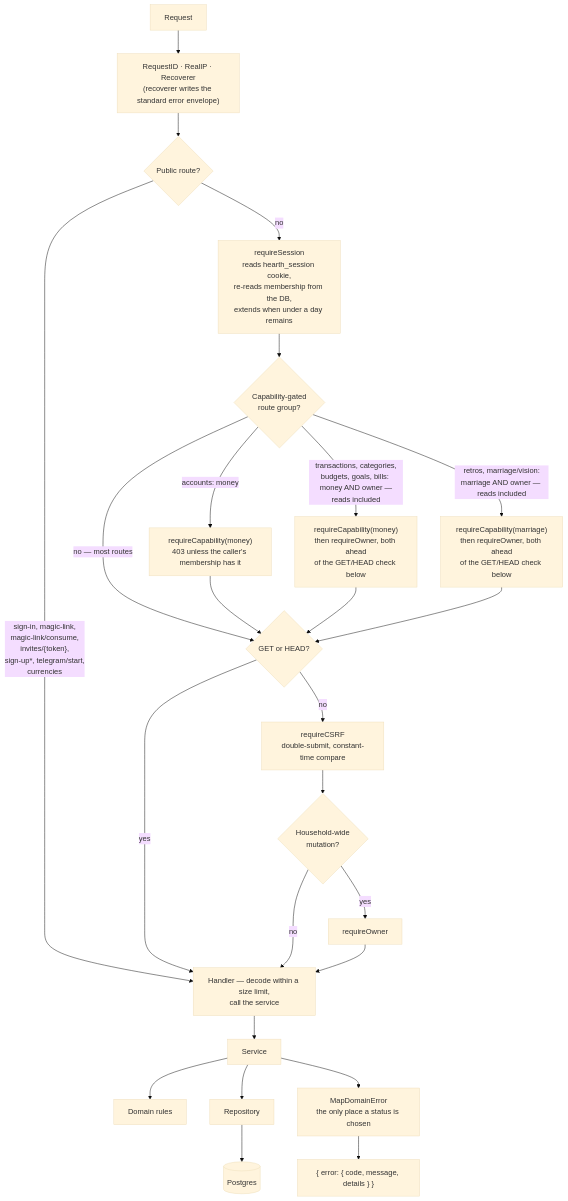
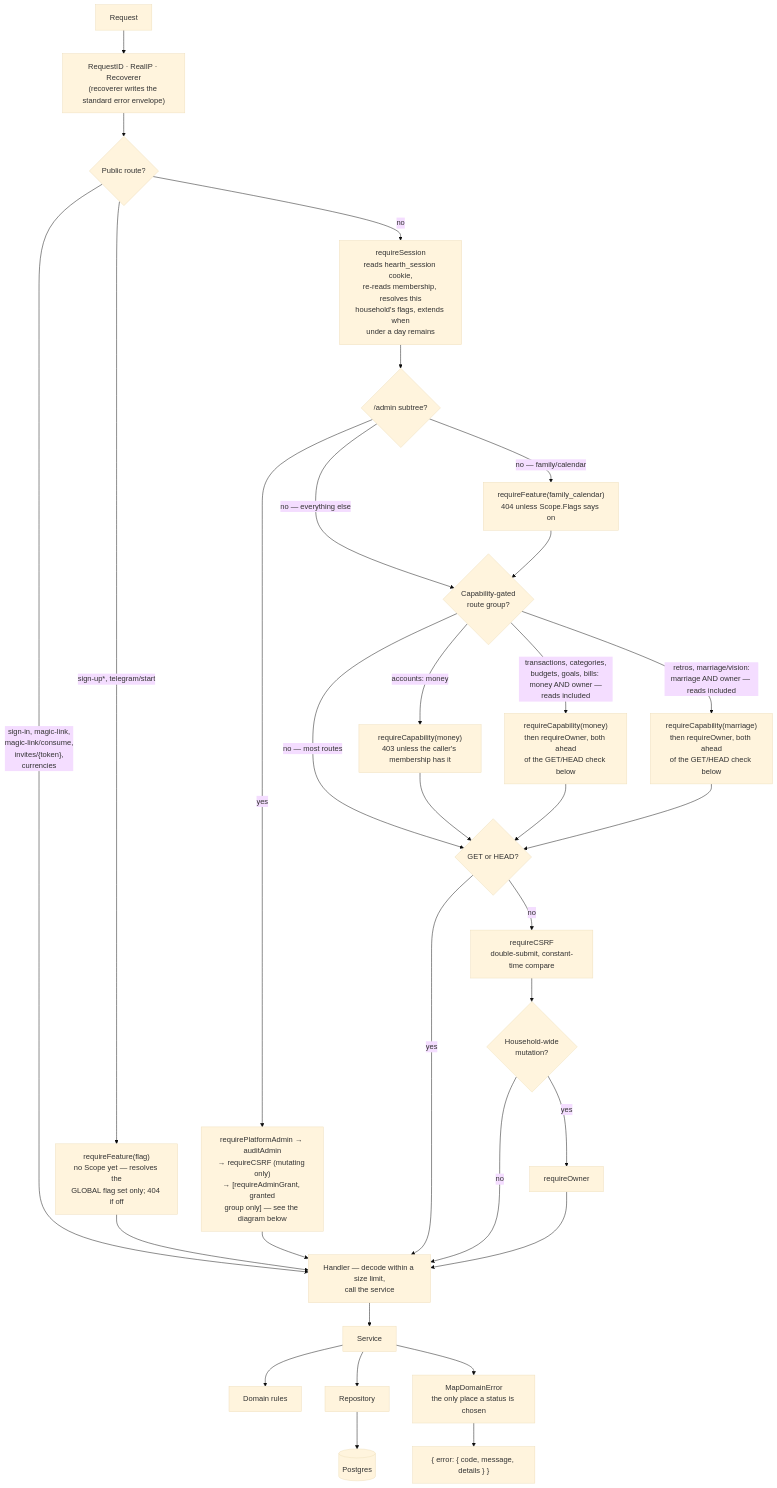
Before and after one commit to oandrz/Household: the fourth of 19 diagrams in docs/SYSTEM_DESIGN.md, drawn with Mermaid (base theme). The commit also changed other lines of this file and 75 other files, not shown here.

First line of the commit message:
Platform admin surface: authorization axis, re-auth grant, audit log and feature flags (#15)

````diff
--- a/docs/SYSTEM_DESIGN.md
+++ b/docs/SYSTEM_DESIGN.md
@@ -547,31 +564,39 @@
 ```mermaid
 graph TD
     Req["Request"] --> RID["RequestID · RealIP · Recoverer<br/>(recoverer writes the standard error envelope)"]
     RID --> Public{"Public route?"}
 
-    Public -->|"sign-in, magic-link,<br/>magic-link/consume,<br/>invites/{token},<br/>sign-up*, telegram/start,<br/>currencies"| Handler
-    Public -->|no| Session["requireSession<br/>reads hearth_session cookie,<br/>re-reads membership from the DB,<br/>extends when under a day remains"]
+    Public -->|"sign-in, magic-link,<br/>magic-link/consume,<br/>invites/{token},<br/>currencies"| Handler
+    Public -->|"sign-up*, telegram/start"| PublicFeature["requireFeature(flag)<br/>no Scope yet — resolves the<br/>GLOBAL flag set only; 404 if off"]
+    PublicFeature --> Handler
+    Public -->|no| Session["requireSession<br/>reads hearth_session cookie,<br/>re-reads membership, resolves this<br/>household's flags, extends when<br/>under a day remains"]
 
-    Session --> Cap{"Capability-gated<br/>route group?"}
+    Session --> RouteKind{"/admin subtree?"}
+    RouteKind -->|yes| AdminChain["requirePlatformAdmin → auditAdmin<br/>→ requireCSRF (mutating only)<br/>→ [requireAdminGrant, granted<br/>group only] — see the diagram below"]
+    AdminChain --> Handler
+    RouteKind -->|"no — family/calendar"| RequireFeature["requireFeature(family_calendar)<br/>404 unless Scope.Flags says on"]
+    RouteKind -->|"no — everything else"| Cap{"Capability-gated<br/>route group?"}
+    RequireFeature --> Cap
+
     Cap -->|"accounts: money"| RequireCap["requireCapability(money)<br/>403 unless the caller's membership has it"]
     Cap -->|"transactions, categories,<br/>budgets, goals, bills: money AND owner —<br/>reads included"| RequireCapTxn["requireCapability(money)<br/>then requireOwner, both ahead<br/>of the GET/HEAD check below"]
     Cap -->|"retros, marriage/vision:<br/>marriage AND owner — reads included"| RequireCapRetro["requireCapability(marriage)<br/>then requireOwner, both ahead<br/>of the GET/HEAD check below"]
     Cap -->|"no — most routes"| Safe{"GET or HEAD?"}
     RequireCap --> Safe
     RequireCapTxn --> Safe
     RequireCapRetro --> Safe
     Safe -->|yes| Handler
     Safe -->|no| CSRF["requireCSRF<br/>double-submit, constant-time compare"]
 
     CSRF --> Owner{"Household-wide<br/>mutation?"}
     Owner -->|yes| RequireOwner["requireOwner"]
     Owner -->|no| Handler
     RequireOwner --> Handler
 
     Handler["Handler — decode within a size limit,<br/>call the service"] --> Service["Service"]
     Service --> Domain["Domain rules"]
     Service --> Repo["Repository"]
     Repo --> DB[("Postgres")]
     Service --> MapErr["MapDomainError<br/>the only place a status is chosen"]
     MapErr --> Resp["{ error: { code, message, details } }"]
 ```
````
